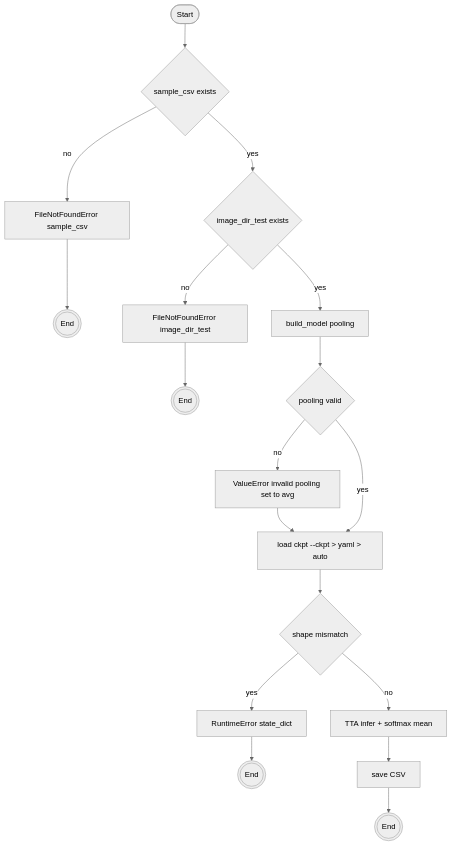
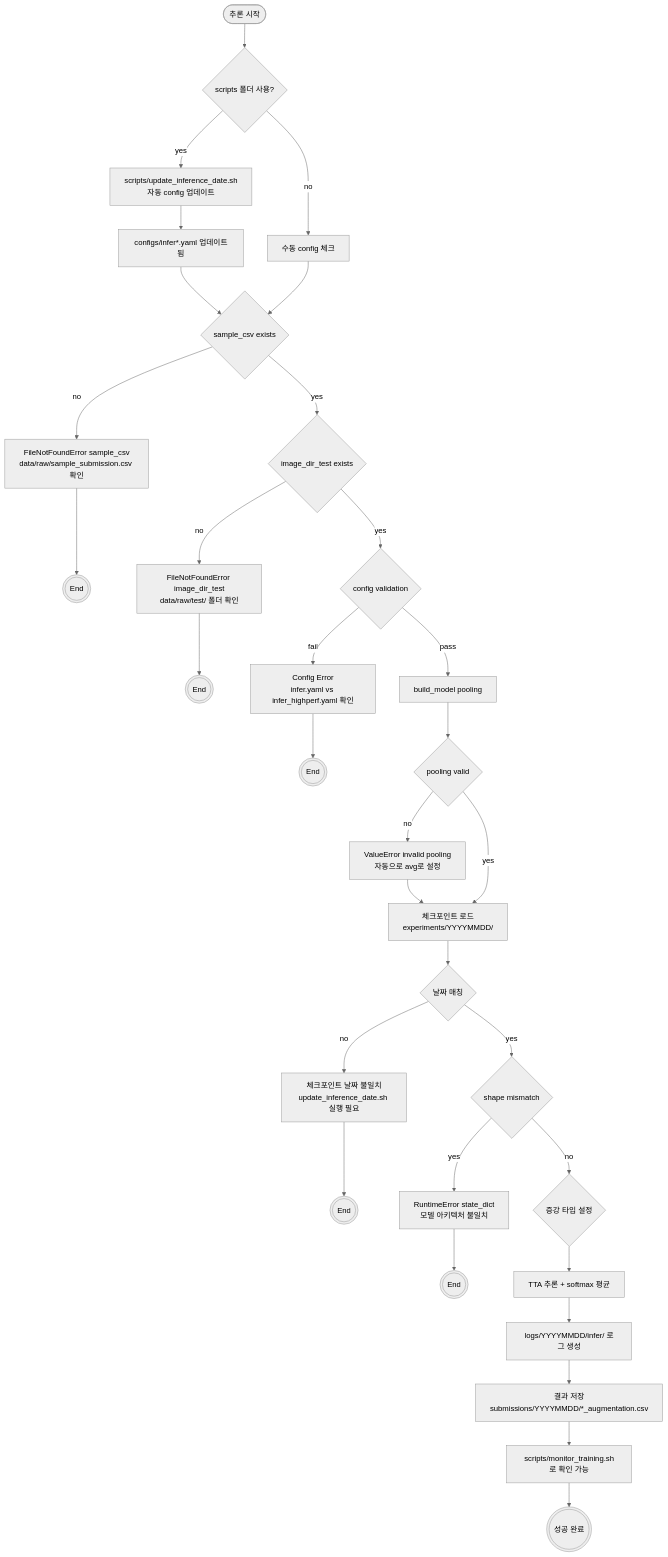
One commit to nimnusmik/CV_documents_classification_competition changed the second of 2 diagrams in docs/pipelines/추론_파이프라인_가이드.md. Above: the diagram before and after it, drawn with Mermaid (neutral theme). The commit also changed other lines of this file and 5 other files, not shown here.

````diff
--- a/docs/pipelines/추론_파이프라인_가이드.md
+++ b/docs/pipelines/추론_파이프라인_가이드.md
@@ -301,18 +353,37 @@
 ```mermaid
 flowchart TD
-start([Start]) --> c1{sample_csv exists}
+start([추론 시작]) --> script_check{scripts 폴더 사용?}
+
+script_check -- yes --> script_run[scripts/update_inference_date.sh<br/>자동 config 업데이트]
+script_check -- no --> config_check[수동 config 체크]
+
+script_run --> config_updated[configs/infer*.yaml 업데이트됨]
+config_updated --> c1{sample_csv exists}
+config_check --> c1
+
 c1 -- yes --> c2{image_dir_test exists}
-c1 -- no  --> x1[FileNotFoundError sample_csv] --> end1(((End)))
+c1 -- no  --> x1[FileNotFoundError sample_csv<br/>data/raw/sample_submission.csv 확인] --> end1(((End)))
 
-c2 -- no  --> x2[FileNotFoundError image_dir_test] --> end2(((End)))
-c2 -- yes --> m1[build_model pooling]
+c2 -- no  --> x2[FileNotFoundError image_dir_test<br/>data/raw/test/ 폴더 확인] --> end2(((End)))
+c2 -- yes --> config_validate{config validation}
+
+config_validate -- fail --> x5[Config Error<br/>infer.yaml vs infer_highperf.yaml 확인] --> end5(((End)))
+config_validate -- pass --> m1[build_model pooling]
 
 m1 --> d1{pooling valid}
-d1 -- no  --> x3[ValueError invalid pooling set to avg] --> ck[load ckpt --ckpt > yaml > auto]
-d1 -- yes --> ck[load ckpt --ckpt > yaml > auto]
+d1 -- no  --> x3[ValueError invalid pooling<br/>자동으로 avg로 설정] --> ck
+d1 -- yes --> ck[체크포인트 로드<br/>experiments/YYYYMMDD/]
 
-ck --> d2{shape mismatch}
-d2 -- yes --> x4[RuntimeError state_dict] --> end3(((End)))
-d2 -- no  --> tta[TTA infer + softmax mean] --> save[save CSV] --> end4(((End)))
+ck --> d2{날짜 매칭}
+d2 -- no --> x6[체크포인트 날짜 불일치<br/>update_inference_date.sh 실행 필요] --> end6(((End)))
+d2 -- yes --> d3{shape mismatch}
 
+d3 -- yes --> x4[RuntimeError state_dict<br/>모델 아키텍처 불일치] --> end3(((End)))
+d3 -- no  --> augment_check{증강 타입 설정}
+
+augment_check --> tta[TTA 추론 + softmax 평균]
+tta --> log_create[logs/YYYYMMDD/infer/ 로그 생성]
+log_create --> save[결과 저장<br/>submissions/YYYYMMDD/*_augmentation.csv]
+save --> monitor[scripts/monitor_training.sh로 확인 가능]
+monitor --> end4(((성공 완료)))
 ```
````
